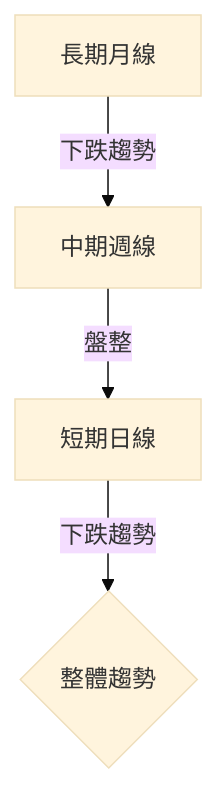
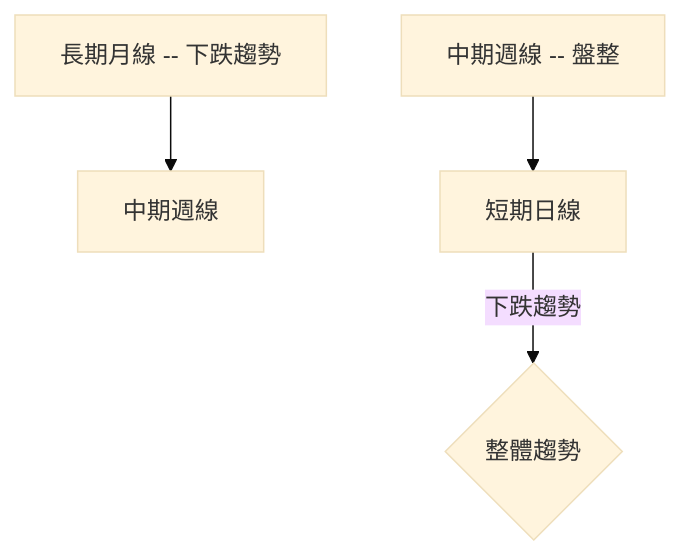
One commit to yennanliu/finance_data changed the second of 10 diagrams in ai_gen_report/stock/onds/technical_analysis_2026-03-29_openai.md. Above: the diagram before and after it, drawn with Mermaid (base theme). The commit also changed other lines of this file and 2258 other files, not shown here.

First line of the commit message:
chore: backfill Mermaid syntax repair across existing reports

````diff
--- a/ai_gen_report/stock/onds/technical_analysis_2026-03-29_openai.md
+++ b/ai_gen_report/stock/onds/technical_analysis_2026-03-29_openai.md
@@ -90,6 +90,6 @@
 ```mermaid
 graph TD
-    長期月線 -- 下跌趨勢 --> 中期週線
-    中期週線 -- 盤整 --> 短期日線
+    nb1["長期月線 -- 下跌趨勢"] --> 中期週線
+    nb2["中期週線 -- 盤整"] --> 短期日線
     短期日線 -- 下跌趨勢 --> 總結{"整體趨勢"}
 ```
````
